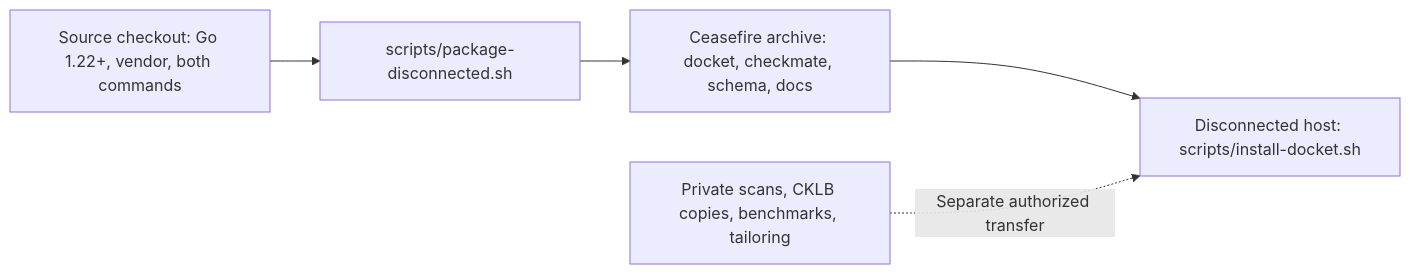
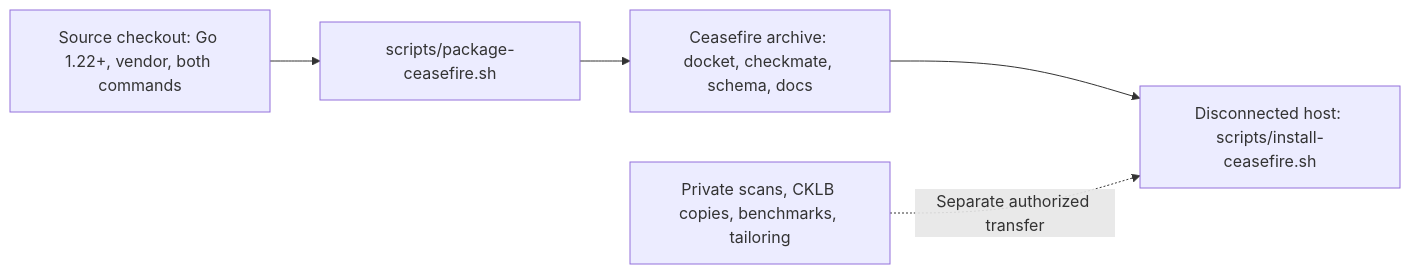
One commit to zcook44/burden-of-proof changed the second of 2 diagrams in cmd/checkmate/README.md. Above: the diagram before and after it, drawn with Mermaid. The commit also changed other lines of this file and 16 other files, not shown here.

First line of the commit message:
Name the install and build scripts for Ceasefire.

````diff
--- a/cmd/checkmate/README.md
+++ b/cmd/checkmate/README.md
@@ -176,7 +176,7 @@
 ```mermaid
 flowchart LR
-    source["Source checkout: Go 1.22+, vendor, both commands"] --> pack["scripts/package-disconnected.sh"]
+    source["Source checkout: Go 1.22+, vendor, both commands"] --> pack["scripts/package-ceasefire.sh"]
     pack --> generic["Ceasefire archive: docket, checkmate, schema, docs"]
-    generic --> offline["Disconnected host: scripts/install-docket.sh"]
+    generic --> offline["Disconnected host: scripts/install-ceasefire.sh"]
     private["Private scans, CKLB copies, benchmarks, tailoring"] -.->|Separate authorized transfer| offline
 ```
````
